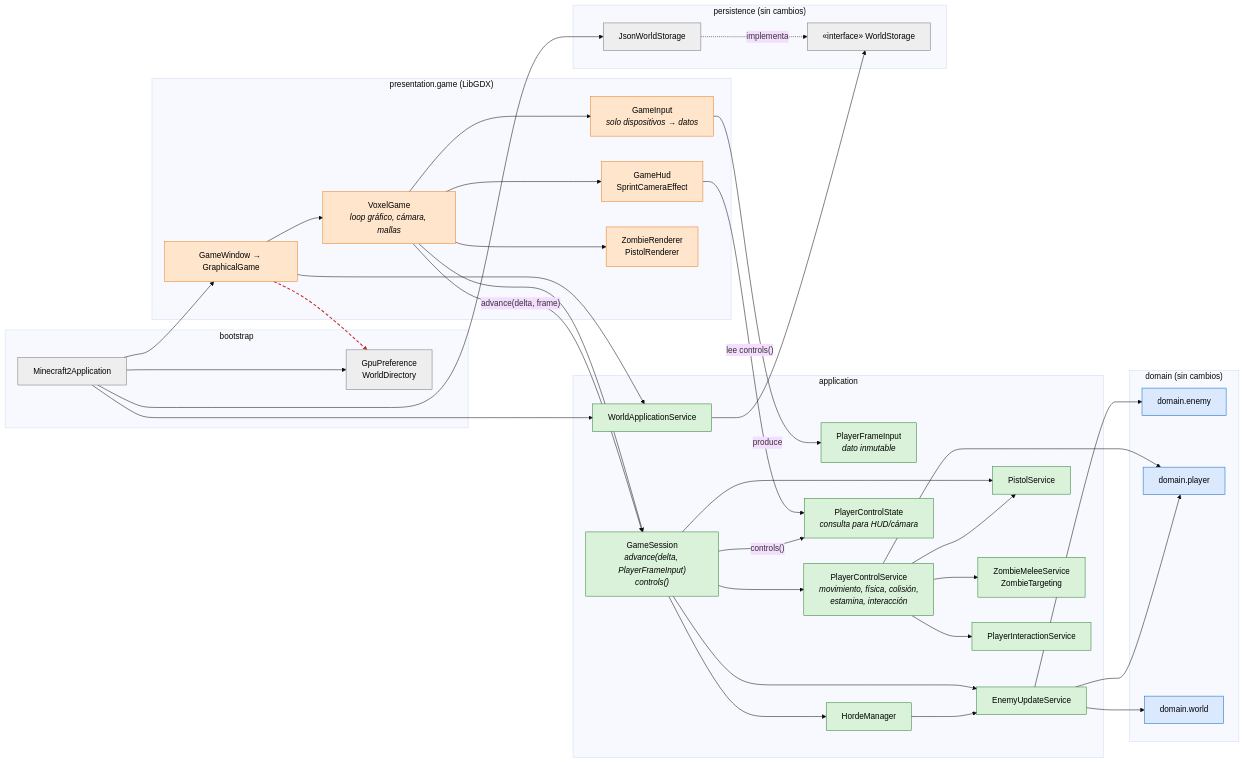
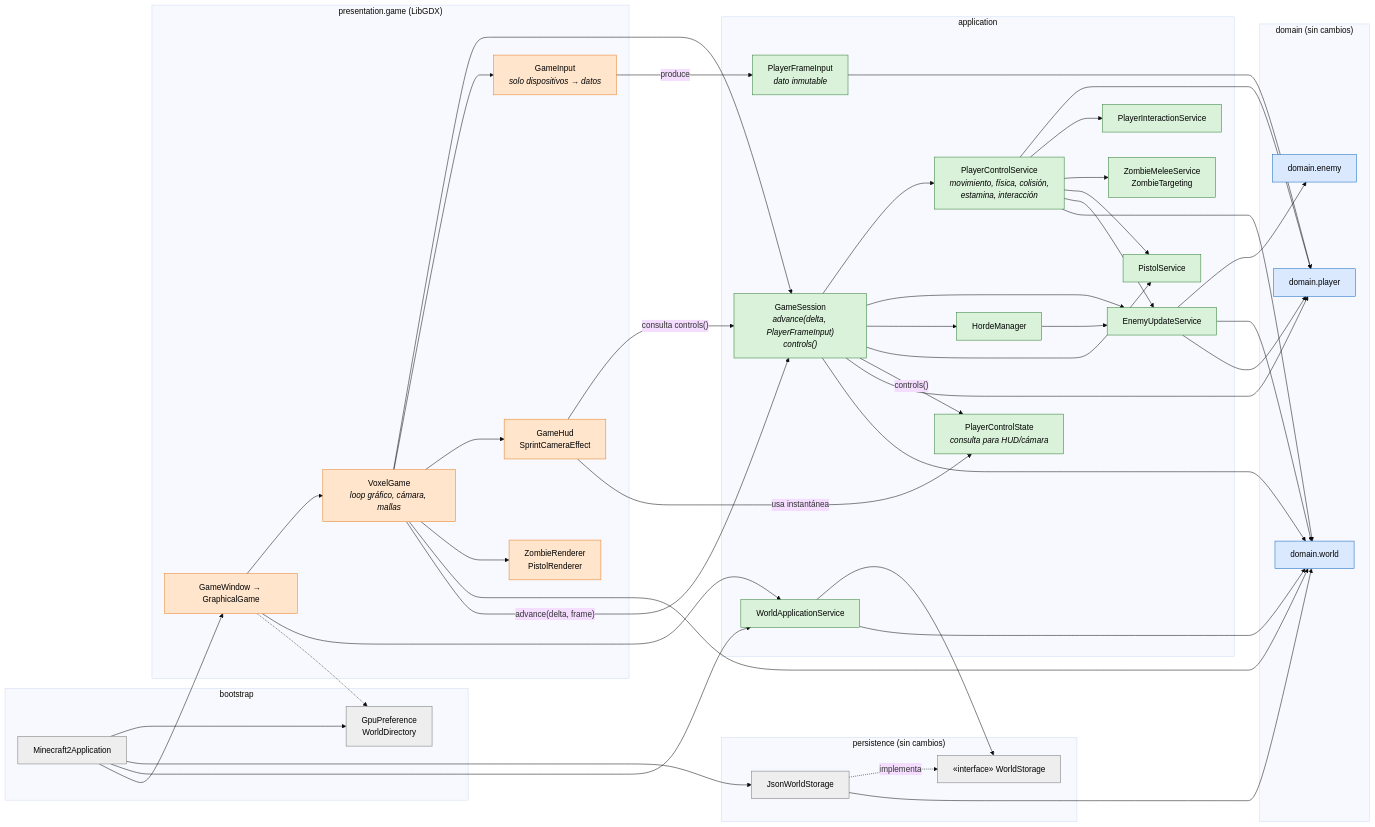
One commit to MarshallGomez1103/Mc2 changed the first of 2 diagrams in Minecraft2/docs/diagramas/recuperacion-c2/05-componentes-recuperacion.md. Above: the diagram before and after it, drawn with Mermaid (base theme). The commit also changed other lines of this file and 33 other files, not shown here.

````diff
--- a/Minecraft2/docs/diagramas/recuperacion-c2/05-componentes-recuperacion.md
+++ b/Minecraft2/docs/diagramas/recuperacion-c2/05-componentes-recuperacion.md
@@ -7,64 +7,68 @@
 ```mermaid
 flowchart LR
     subgraph boot["bootstrap"]
         main["Minecraft2Application"]
         gpu["GpuPreference<br/>WorldDirectory"]
     end
 
     subgraph pres["presentation.game (LibGDX)"]
         gui["GameWindow → GraphicalGame"]
         voxel["VoxelGame<br/><i>loop gráfico, cámara, mallas</i>"]
         input["GameInput<br/><i>solo dispositivos → datos</i>"]
         hud["GameHud<br/>SprintCameraEffect"]
         zr["ZombieRenderer<br/>PistolRenderer"]
     end
 
     subgraph app["application"]
         frame["PlayerFrameInput<br/><i>dato inmutable</i>"]
         session["GameSession<br/><i>advance(delta, PlayerFrameInput)<br/>controls()</i>"]
         control["PlayerControlService<br/><i>movimiento, física, colisión,<br/>estamina, interacción</i>"]
         cstate["PlayerControlState<br/><i>consulta para HUD/cámara</i>"]
         enemies["EnemyUpdateService"]
         horde["HordeManager"]
         pistol["PistolService"]
         melee["ZombieMeleeService<br/>ZombieTargeting"]
         inter["PlayerInteractionService"]
         wsvc["WorldApplicationService"]
     end
 
     subgraph dom["domain (sin cambios)"]
         enemy["domain.enemy"]
         player["domain.player"]
         world["domain.world"]
     end
 
     subgraph pers["persistence (sin cambios)"]
         storage["«interface» WorldStorage"]
         json["JsonWorldStorage"]
     end
 
     main --> gpu & json & wsvc & gui
     gui --> voxel & wsvc
     gui -.-> gpu
-    voxel --> session & input & hud & zr
+    voxel --> session & input & hud & zr & world
     input -- "produce" --> frame
     voxel -- "advance(delta, frame)" --> session
-    hud -- "lee controls()" --> cstate
+    hud -- "consulta controls()" --> session
+    hud -- "usa instantánea" --> cstate
     session --> control & enemies & horde & pistol
     session -- "controls()" --> cstate
-    control --> player & inter & melee & pistol
+    control --> player & inter & melee & pistol & enemies & world
+    frame --> player
+    session --> player & world
     horde --> enemies
     enemies --> enemy & world & player
-    wsvc --> storage
+    wsvc --> storage & world
     json -. implementa .-> storage
+    json --> world
 
     classDef d fill:#dbe9ff,stroke:#1168bd,color:#000
     classDef a fill:#d9f2d9,stroke:#2e7d32,color:#000
     classDef p fill:#ffe5cc,stroke:#e67e22,color:#000
     classDef g fill:#eeeeee,stroke:#777,color:#000
     class enemy,player,world d
     class frame,session,control,cstate,enemies,horde,pistol,melee,inter,wsvc a
     class gui,voxel,input,hud,zr p
     class main,gpu,storage,json g
-    linkStyle 6 stroke:#c62828,stroke-width:2px,stroke-dasharray:6 4
+
 ```
````
